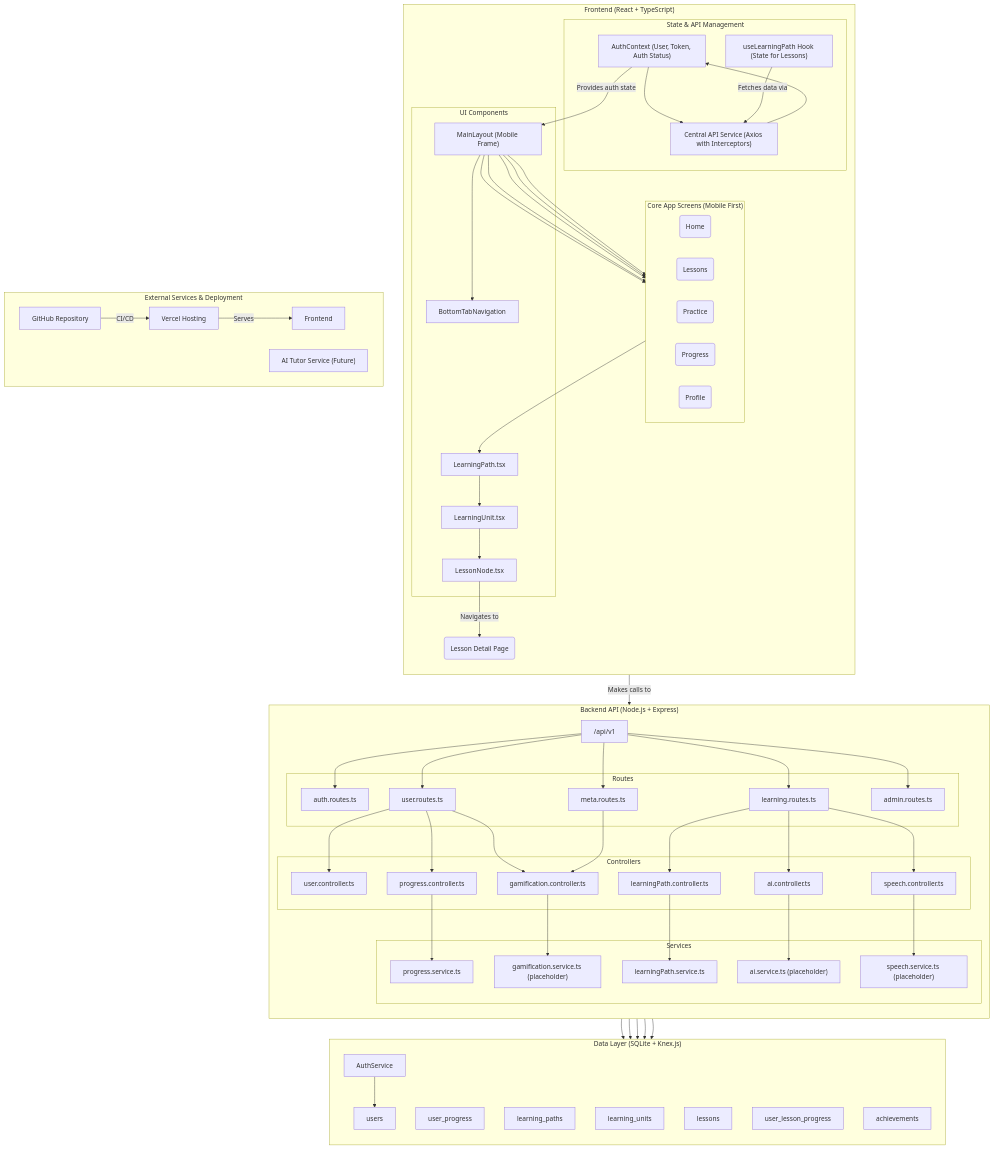
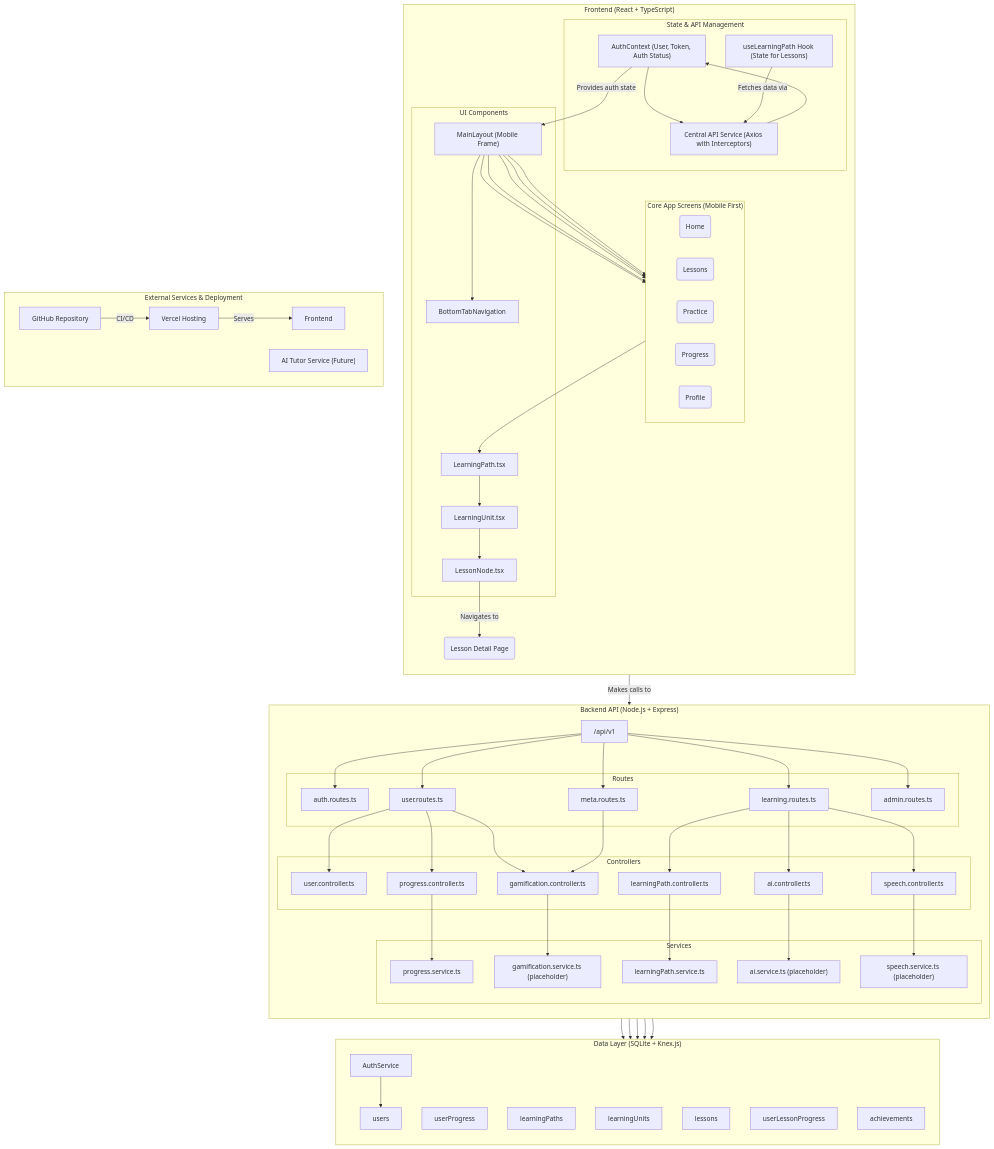
Before and after one commit to niklas-joh/french-learning-platform: the diagram in docs/development_docs/architecture/system_architecture.mermaid, drawn with Mermaid. The commit also changed 61 other files, not shown here.

```diff
--- a/docs/development_docs/architecture/system_architecture.mermaid
+++ b/docs/development_docs/architecture/system_architecture.mermaid
@@ -1,126 +1,126 @@
 graph TD
     subgraph "Frontend (React + TypeScript)"
         direction TB
 
         subgraph "State & API Management"
             AuthContext["AuthContext (User, Token, Auth Status)"]
             ApiService["Central API Service (Axios with Interceptors)"]
             useLearningPath["useLearningPath Hook (State for Lessons)"]
             AuthContext --> ApiService
             ApiService --> AuthContext
         end
 
         subgraph "Core App Screens (Mobile First)"
             direction LR
             HomePage(Home)
             LessonsPage(Lessons)
             PracticePage(Practice)
             ProgressPage(Progress)
             ProfilePage(Profile)
         end
 
         subgraph "UI Components"
             MainLayout["MainLayout (Mobile Frame)"]
             BottomNav["BottomTabNavigation"]
             LearningPath["LearningPath.tsx"]
             LearningUnit["LearningUnit.tsx"]
             LessonNode["LessonNode.tsx"]
         end
 
         MainLayout --> BottomNav
         MainLayout --> HomePage
         MainLayout --> LessonsPage
         MainLayout --> PracticePage
         MainLayout --> ProgressPage
         MainLayout --> ProfilePage
         
         LessonsPage --> LearningPath
         LearningPath --> LearningUnit
         LearningUnit --> LessonNode
         
         AuthContext -- "Provides auth state" --> MainLayout
         useLearningPath -- "Fetches data via" --> ApiService
         LessonNode -- "Navigates to" --> LessonPage(Lesson Detail Page)
     end
 
     subgraph "Backend API (Node.js + Express)"
         direction TB
 
         ApiGateway["/api/v1"]
 
         subgraph "Routes"
             UserRoutes["user.routes.ts"]
             LearningRoutes["learning.routes.ts"]
             MetaRoutes["meta.routes.ts"]
             AuthRoutes["auth.routes.ts"]
             AdminRoutes["admin.routes.ts"]
         end
 
         subgraph "Controllers"
             UserController["user.controller.ts"]
             ProgressController["progress.controller.ts"]
             GamificationController["gamification.controller.ts"]
             LearningPathController["learningPath.controller.ts"]
             AIController["ai.controller.ts"]
             SpeechController["speech.controller.ts"]
         end
 
         subgraph "Services"
             ProgressService["progress.service.ts"]
             LearningPathService["learningPath.service.ts"]
             GamificationService["gamification.service.ts (placeholder)"]
             AIService["ai.service.ts (placeholder)"]
             SpeechService["speech.service.ts (placeholder)"]
         end
         
         ApiGateway --> AuthRoutes
         ApiGateway --> UserRoutes
         ApiGateway --> LearningRoutes
         ApiGateway --> MetaRoutes
         ApiGateway --> AdminRoutes
 
         UserRoutes --> UserController
         UserRoutes --> ProgressController
         UserRoutes --> GamificationController
         
         LearningRoutes --> LearningPathController
         LearningRoutes --> AIController
         LearningRoutes --> SpeechController
 
         MetaRoutes --> GamificationController
 
         ProgressController --> ProgressService
         GamificationController --> GamificationService
         LearningPathController --> LearningPathService
         AIController --> AIService
         SpeechController --> SpeechService
     end
 
     subgraph "Data Layer (SQLite + Knex.js)"
         direction TB
         Users["users"]
-        UserProgress["user_progress"]
-        LearningPaths["learning_paths"]
-        LearningUnits["learning_units"]
+        UserProgress["userProgress"]
+        LearningPaths["learningPaths"]
+        LearningUnits["learningUnits"]
         Lessons["lessons"]
-        UserLessonProgress["user_lesson_progress"]
+        UserLessonProgress["userLessonProgress"]
         Achievements["achievements"]
         
         AuthService --> Users
         ProgressService --> UserProgress
         LearningPathService --> LearningPaths
         LearningPathService --> LearningUnits
         LearningPathService --> Lessons
         LearningPathService --> UserLessonProgress
     end
 
     subgraph "External Services & Deployment"
         GitHub["GitHub Repository"]
         Vercel["Vercel Hosting"]
         AI_Tutor["AI Tutor Service (Future)"]
         
         GitHub -- "CI/CD" --> Vercel
         Vercel -- "Serves" --> Frontend
     end
 
     ApiService -- "Makes calls to" --> ApiGateway
```
